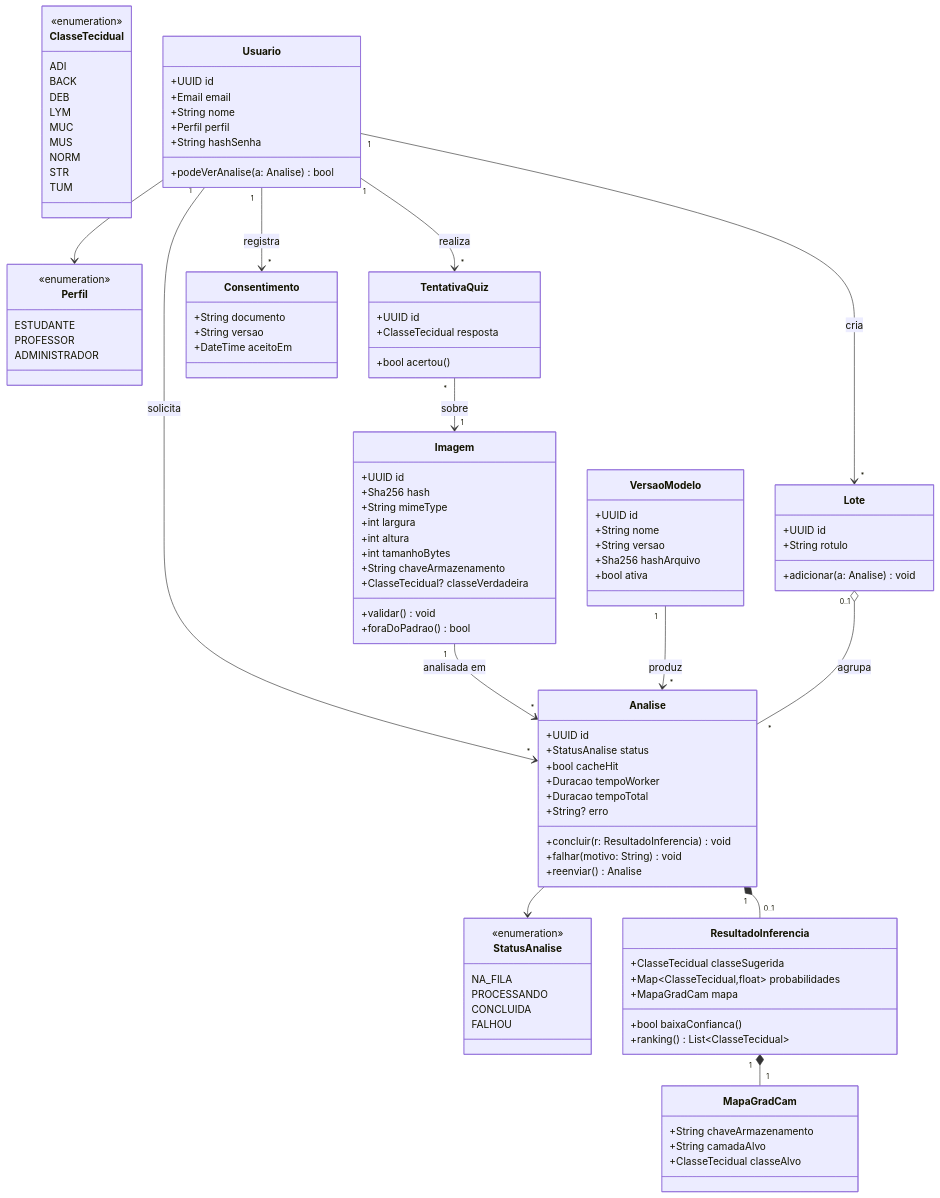
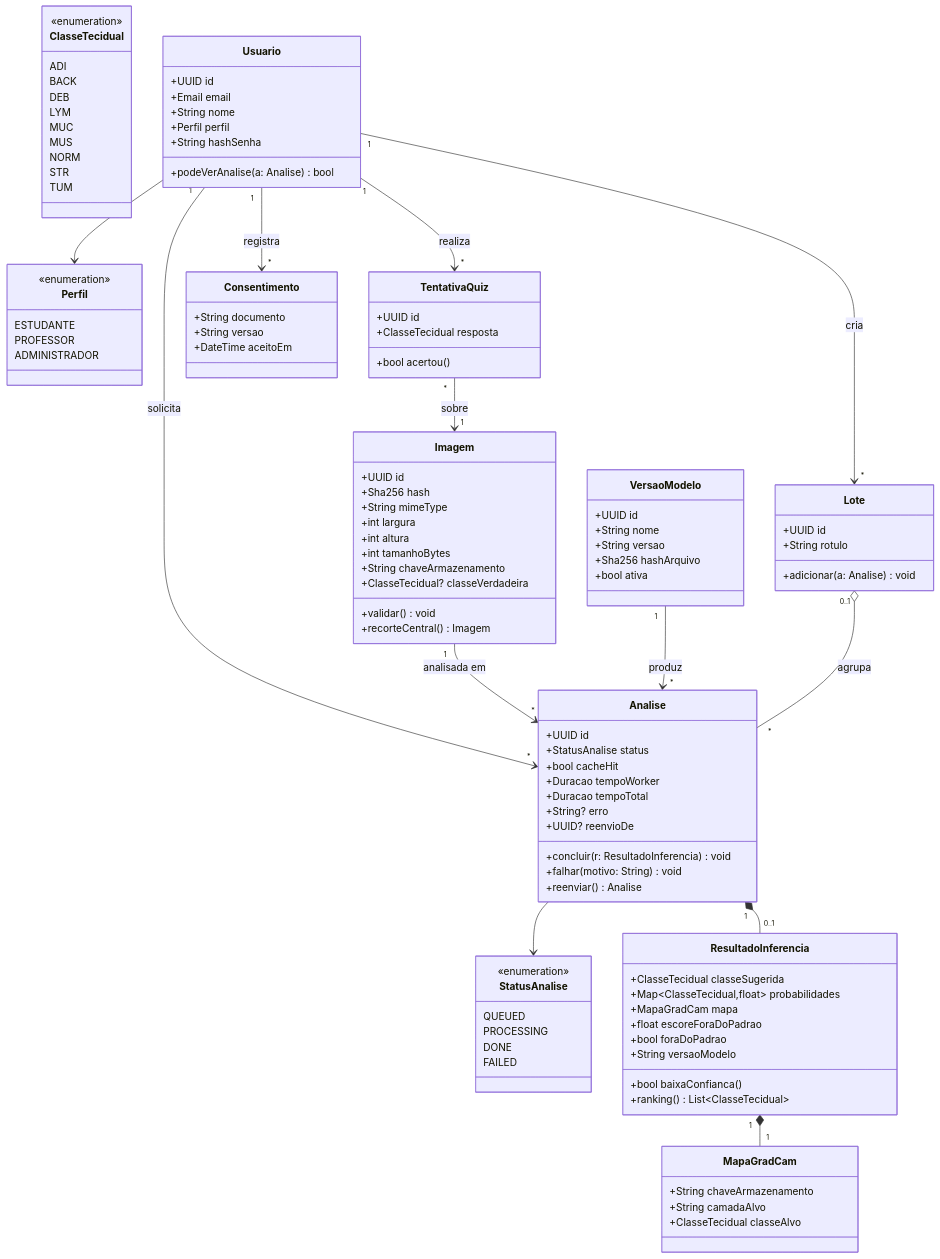
One commit to Umizin/histolente changed the first of 8 diagrams in docs/projeto/02-modelagem-estrutural-comportamental.md. Above: the diagram before and after it, drawn with Mermaid. The commit also changed other lines of this file and 33 other files, not shown here.

```diff
--- a/docs/projeto/02-modelagem-estrutural-comportamental.md
+++ b/docs/projeto/02-modelagem-estrutural-comportamental.md
@@ -28,10 +30,10 @@
     }
     class StatusAnalise {
         <<enumeration>>
-        NA_FILA
-        PROCESSANDO
-        CONCLUIDA
-        FALHOU
+        QUEUED
+        PROCESSING
+        DONE
+        FAILED
     }
 
     class Usuario {
@@ -52,7 +54,7 @@
         +String chaveArmazenamento
         +ClasseTecidual? classeVerdadeira
         +validar() void
-        +foraDoPadrao() bool
+        +recorteCentral() Imagem
     }
     class VersaoModelo {
         +UUID id
@@ -70,12 +72,16 @@
         +String? erro
         +concluir(r: ResultadoInferencia) void
         +falhar(motivo: String) void
+        +UUID? reenvioDe
         +reenviar() Analise
     }
     class ResultadoInferencia {
         +ClasseTecidual classeSugerida
         +Map~ClasseTecidual,float~ probabilidades
         +MapaGradCam mapa
+        +float escoreForaDoPadrao
+        +bool foraDoPadrao
+        +String versaoModelo
         +bool baixaConfianca()
         +ranking() List~ClasseTecidual~
     }
```
